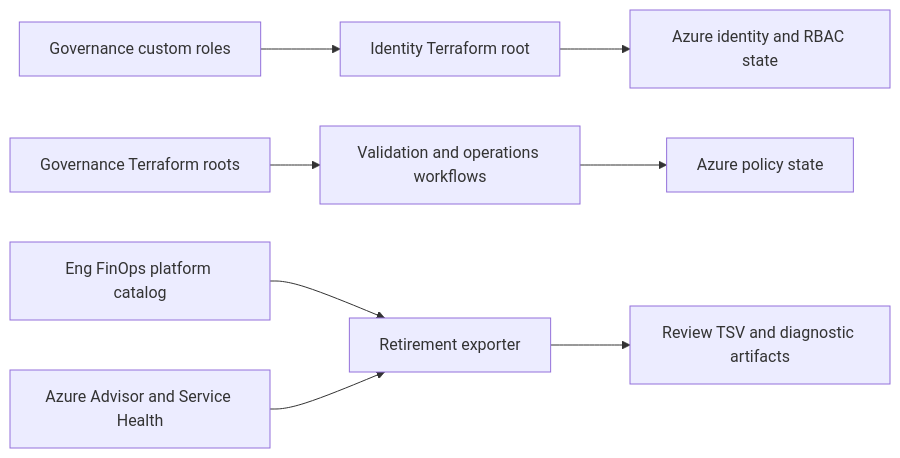
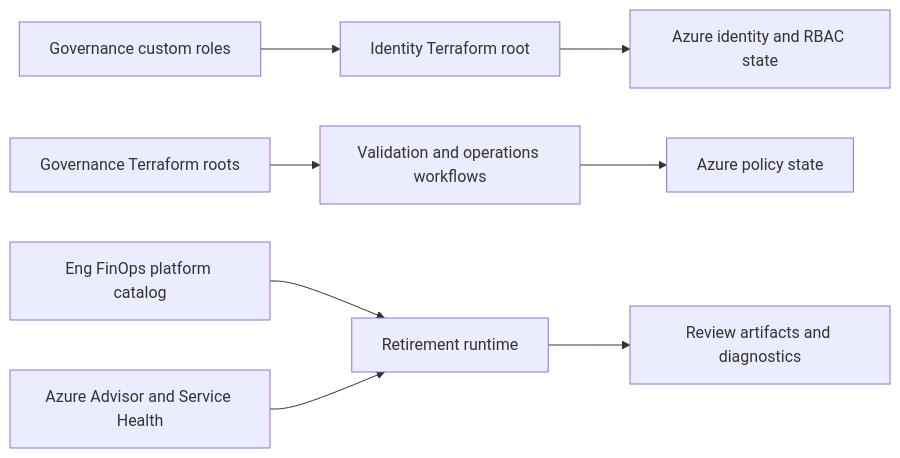
One commit to pagopa/eng-azure-governance changed the diagram in docs/architecture.md. Above: the diagram before and after it, drawn with Mermaid. The commit also changed other lines of this file and 711 other files, not shown here.

````diff
--- a/docs/architecture.md
+++ b/docs/architecture.md
@@ -16,12 +18,12 @@
 ```mermaid
 flowchart LR
     accTitle: Repository architecture flows
     accDescr: Governance roles feed identity grants, policy roots feed Azure policy state, and the platform catalog enriches retirement review artifacts.
     governance_roles["Governance custom roles"] --> identity_root["Identity Terraform root"]
     identity_root --> azure_identity["Azure identity and RBAC state"]
     governance_roots["Governance Terraform roots"] --> governance_workflows["Validation and operations workflows"]
     governance_workflows --> azure_policy["Azure policy state"]
-    platform_catalog["Eng FinOps platform catalog"] --> retirement_runtime["Retirement exporter"]
-    azure_sources["Azure Advisor and Service Health"] --> retirement_runtime["Retirement exporter"]
-    retirement_runtime --> retirement_artifacts["Review TSV and diagnostic artifacts"]
+    platform_catalog["Eng FinOps platform catalog"] --> retirement_runtime["Retirement runtime"]
+    azure_sources["Azure Advisor and Service Health"] --> retirement_runtime
+    retirement_runtime --> retirement_artifacts["Review artifacts and diagnostics"]
 ```
````
